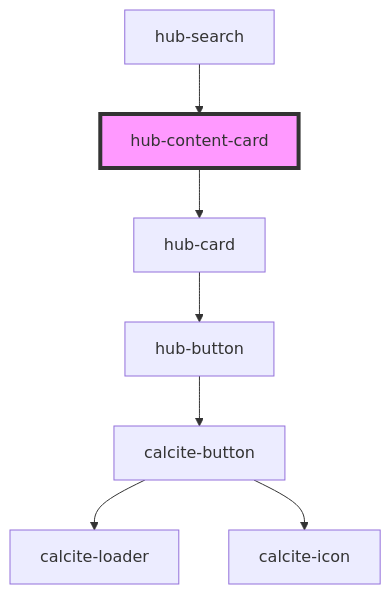
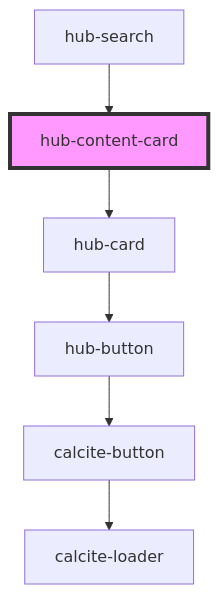
The diagram in src/components/hub-content-card/readme.md (esridc/hub-components-experiments), drawn with Mermaid before and after one commit. The commit also changed 16 other files, not shown here.

````diff
--- a/src/components/hub-content-card/readme.md
+++ b/src/components/hub-content-card/readme.md
@@ -29,10 +29,9 @@
 ```mermaid
 graph TD;
   hub-content-card --> hub-card
   hub-card --> hub-button
   hub-button --> calcite-button
   calcite-button --> calcite-loader
-  calcite-button --> calcite-icon
   hub-search --> hub-content-card
   style hub-content-card fill:#f9f,stroke:#333,stroke-width:4px
 ```
````
